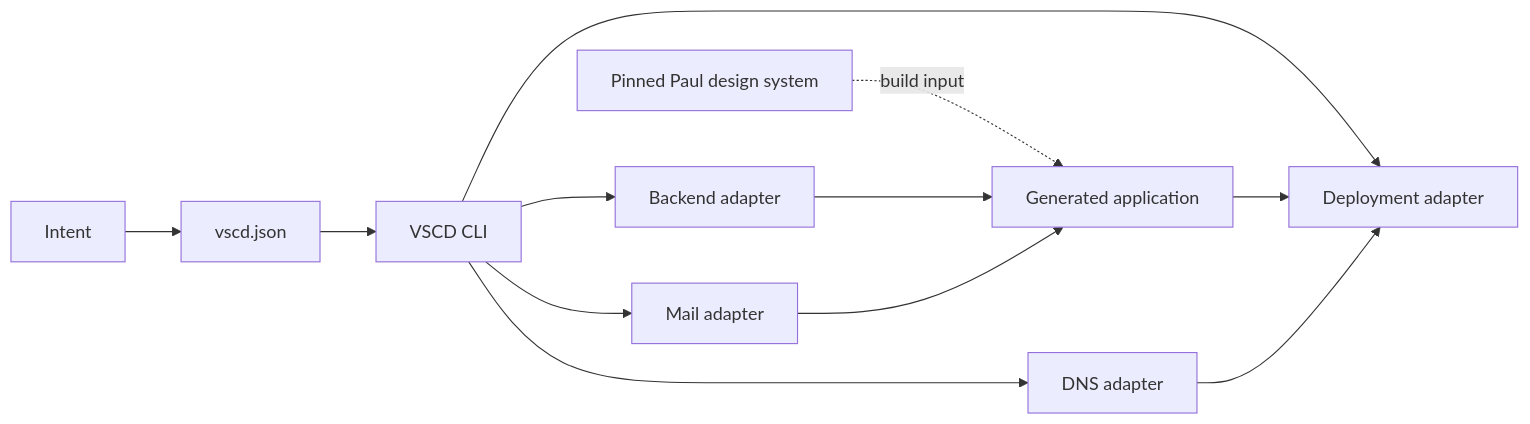
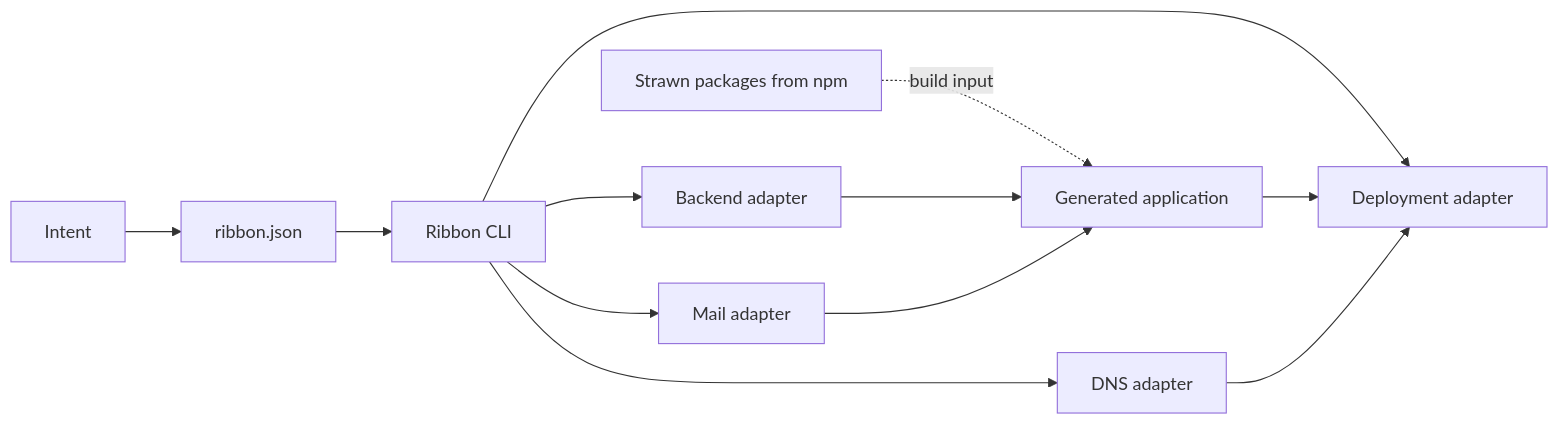
Before and after one commit to moriatz-labs/ribbon: the diagram in README.md, drawn with Mermaid. The commit also changed other lines of this file and 74 other files, not shown here.

First line of the commit message:
Rename VSCD control plane to Ribbon (#25)

````diff
--- a/README.md
+++ b/README.md
@@ -47,14 +47,14 @@
 ```mermaid
 flowchart LR
-  A["Intent"] --> M["vscd.json"]
-  M --> C["VSCD CLI"]
+  A["Intent"] --> M["ribbon.json"]
+  M --> C["Ribbon CLI"]
   C --> DNS["DNS adapter"]
   C --> BE["Backend adapter"]
   C --> DEP["Deployment adapter"]
   C --> MAIL["Mail adapter"]
-  DS["Pinned Paul design system"] -. "build input" .-> APP["Generated application"]
+  DS["Strawn packages from npm"] -. "build input" .-> APP["Generated application"]
   BE --> APP
   APP --> DEP
   DNS --> DEP
   MAIL --> APP
 ```
````
